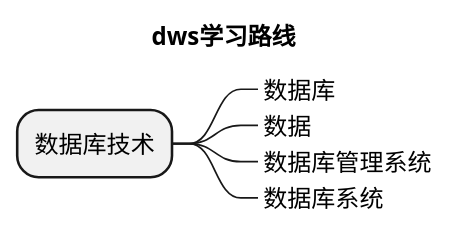
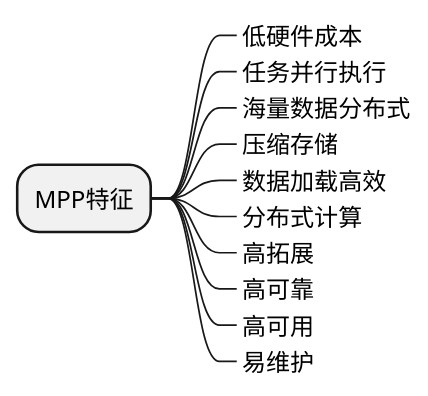
Before and after one commit to yayaa-uuu/study: the first of 9 diagrams in dws.md, drawn with PlantUML. The commit also changed other lines of this file and 27 other files, not shown here.

````diff
--- a/dws.md
+++ b/dws.md
@@ -1,10 +6,16 @@
 ```plantuml
 @startmindmap
-title dws学习路线
-* 数据库技术
-**_ 数据库
-**_ 数据
-**_ 数据库管理系统
-**_ 数据库系统
+* MPP特征
+**_ 低硬件成本
+**_ 任务并行执行
+**_ 海量数据分布式
+**_ 压缩存储
+**_ 数据加载高效
+**_ 分布式计算
+**_ 高拓展
+**_ 高可靠
+**_ 高可用
+**_ 易维护
+
 @endmindmap
 ```
````
